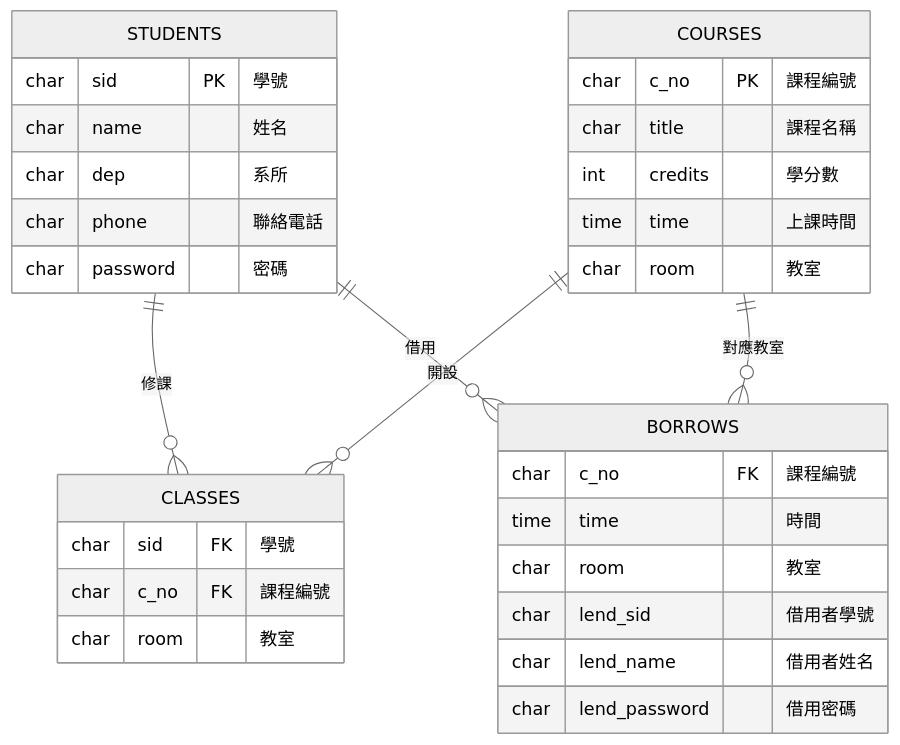
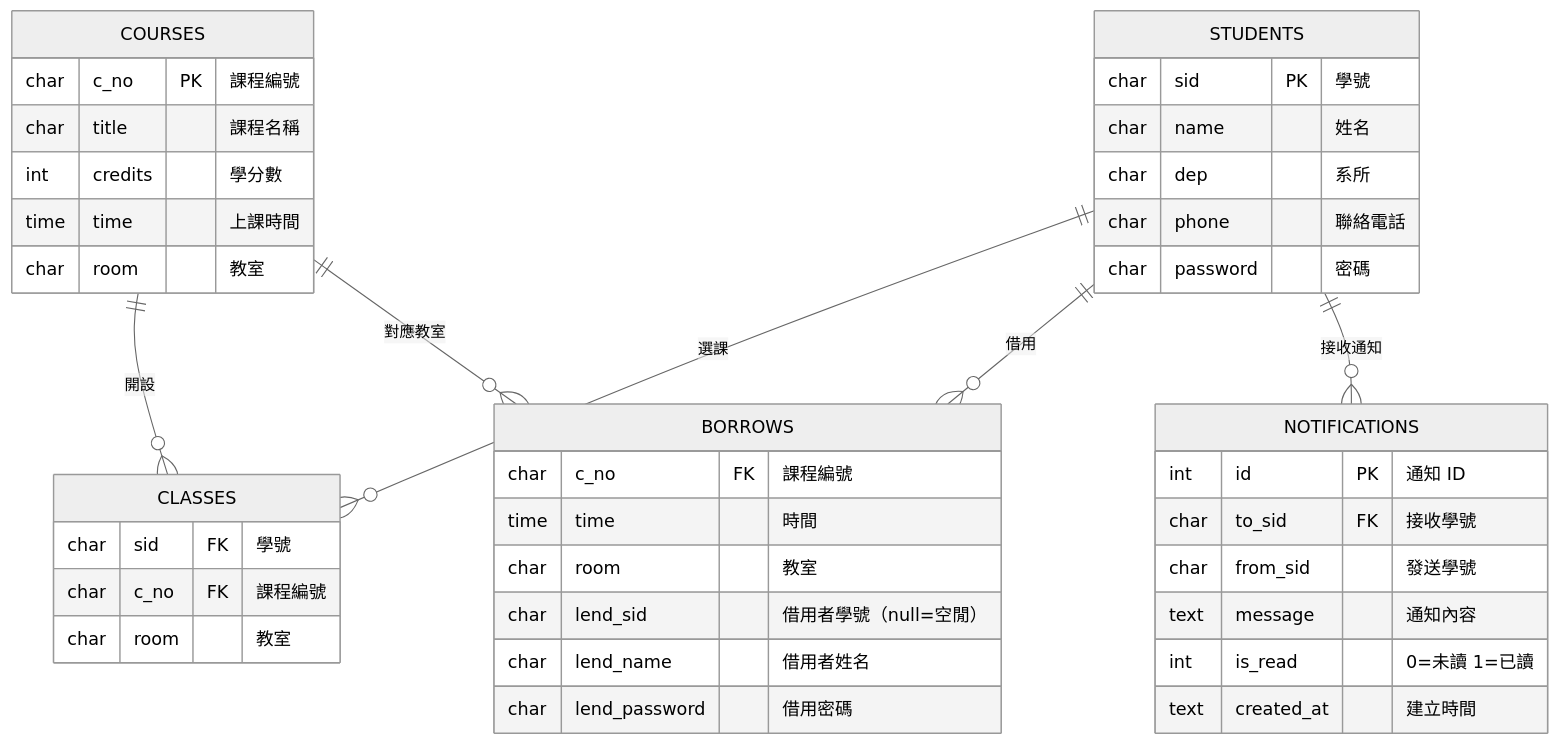
One commit to k0341055/BorrowRoom changed the third of 3 diagrams in README.md. Above: the diagram before and after it, drawn with Mermaid (neutral theme). The commit also changed other lines of this file and 7 other files, not shown here.

First line of the commit message:
feat: expand to 學生個人管理系統 with enrollment, Gantt & notifications

````diff
--- a/README.md
+++ b/README.md
@@ -92,35 +139,44 @@
 ```mermaid
 erDiagram
     STUDENTS {
         char sid PK "學號"
         char name "姓名"
         char dep "系所"
         char phone "聯絡電話"
         char password "密碼"
     }
     COURSES {
         char c_no PK "課程編號"
         char title "課程名稱"
         int  credits "學分數"
         time time "上課時間"
         char room "教室"
     }
     CLASSES {
         char sid FK "學號"
         char c_no FK "課程編號"
         char room "教室"
     }
     BORROWS {
         char c_no FK "課程編號"
         time time "時間"
         char room "教室"
-        char lend_sid "借用者學號"
+        char lend_sid "借用者學號（null=空閒）"
         char lend_name "借用者姓名"
         char lend_password "借用密碼"
     }
+    NOTIFICATIONS {
+        int  id PK "通知 ID"
+        char to_sid FK "接收學號"
+        char from_sid "發送學號"
+        text message "通知內容"
+        int  is_read "0=未讀 1=已讀"
+        text created_at "建立時間"
+    }
 
-    STUDENTS ||--o{ CLASSES : "修課"
+    STUDENTS ||--o{ CLASSES : "選課"
     COURSES  ||--o{ CLASSES : "開設"
     COURSES  ||--o{ BORROWS : "對應教室"
     STUDENTS ||--o{ BORROWS : "借用"
+    STUDENTS ||--o{ NOTIFICATIONS : "接收通知"
 ```
````
